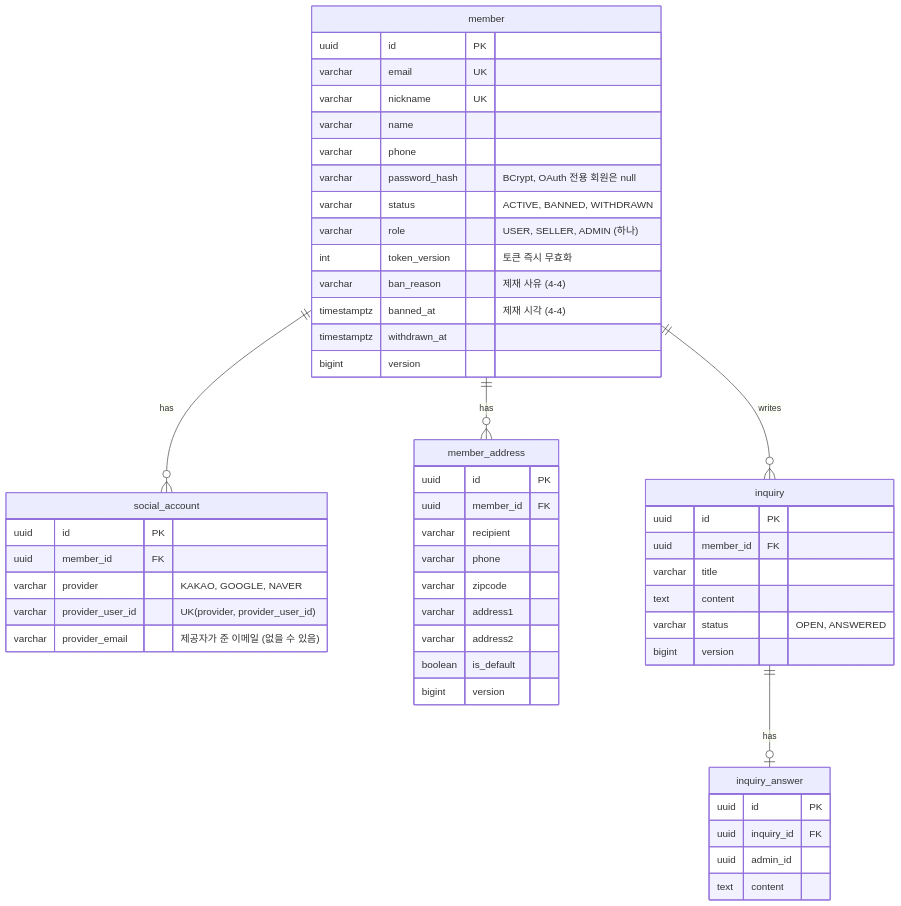
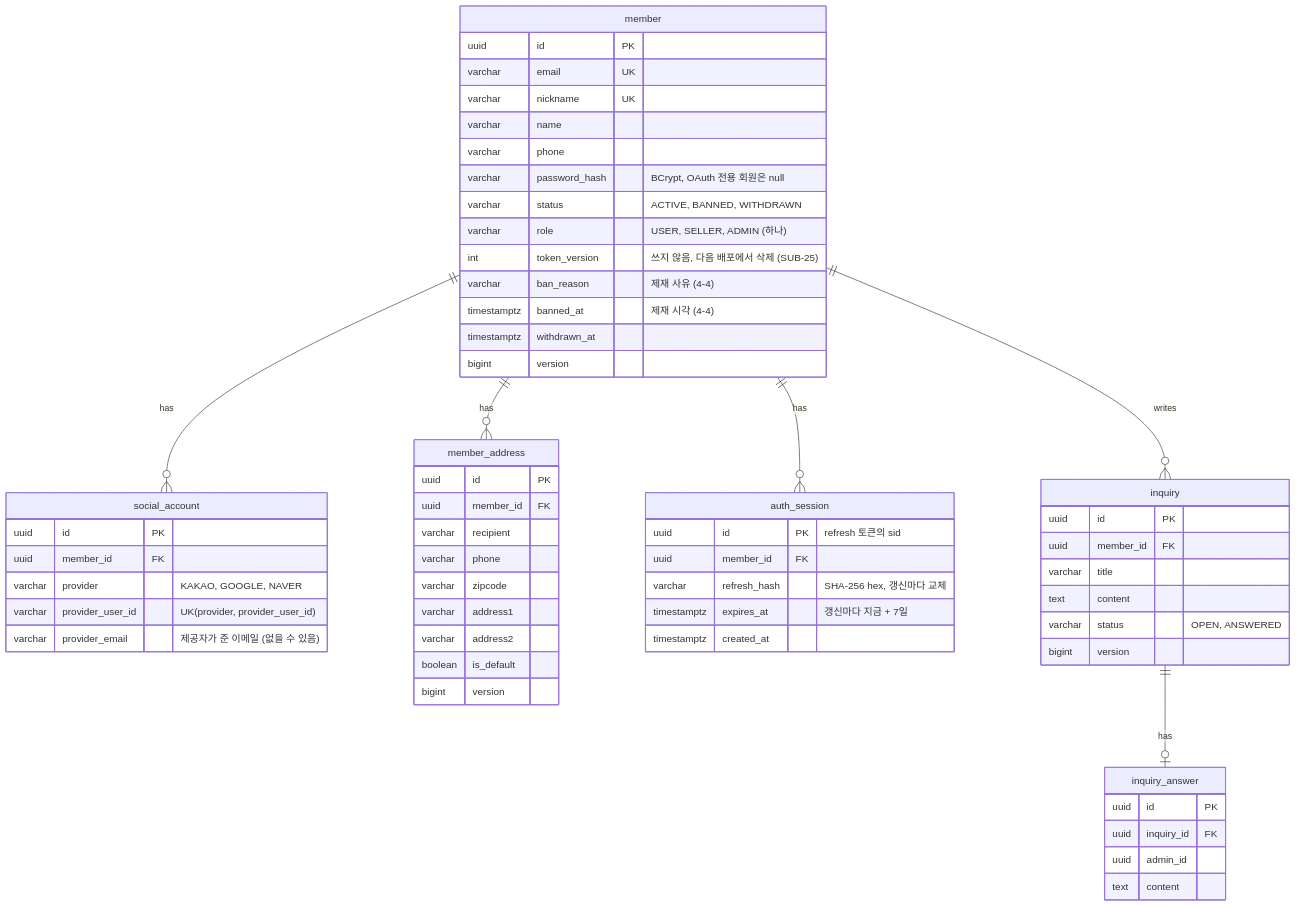
The first of 10 diagrams in docs/02-design/03-erd.md (95twan/myroutine-v2), drawn with Mermaid before and after one commit. The commit also changed other lines of this file and 56 other files, not shown here.

First line of the commit message:
fix(member): refresh 세션을 DB로 옮기고 세션 행으로 끊음 (SUB-25) (#110)

````diff
--- a/docs/02-design/03-erd.md
+++ b/docs/02-design/03-erd.md
@@ -30,54 +31,62 @@
 ```mermaid
 erDiagram
   member ||--o{ social_account : has
   member ||--o{ member_address : has
+  member ||--o{ auth_session : has
   member ||--o{ inquiry : writes
   inquiry ||--o| inquiry_answer : has
   member {
     uuid id PK
     varchar email UK
     varchar nickname UK
     varchar name
     varchar phone
     varchar password_hash "BCrypt, OAuth 전용 회원은 null"
     varchar status "ACTIVE, BANNED, WITHDRAWN"
     varchar role "USER, SELLER, ADMIN (하나)"
-    int token_version "토큰 즉시 무효화"
+    int token_version "쓰지 않음, 다음 배포에서 삭제 (SUB-25)"
     varchar ban_reason "제재 사유 (4-4)"
     timestamptz banned_at "제재 시각 (4-4)"
     timestamptz withdrawn_at
     bigint version
+  }
+  auth_session {
+    uuid id PK "refresh 토큰의 sid"
+    uuid member_id FK
+    varchar refresh_hash "SHA-256 hex, 갱신마다 교체"
+    timestamptz expires_at "갱신마다 지금 + 7일"
+    timestamptz created_at
   }
   social_account {
     uuid id PK
     uuid member_id FK
     varchar provider "KAKAO, GOOGLE, NAVER"
     varchar provider_user_id "UK(provider, provider_user_id)"
     varchar provider_email "제공자가 준 이메일 (없을 수 있음)"
   }
   member_address {
     uuid id PK
     uuid member_id FK
     varchar recipient
     varchar phone
     varchar zipcode
     varchar address1
     varchar address2
     boolean is_default
     bigint version
   }
   inquiry {
     uuid id PK
     uuid member_id FK
     varchar title
     text content
     varchar status "OPEN, ANSWERED"
     bigint version
   }
   inquiry_answer {
     uuid id PK
     uuid inquiry_id FK
     uuid admin_id
     text content
   }
 ```
````
